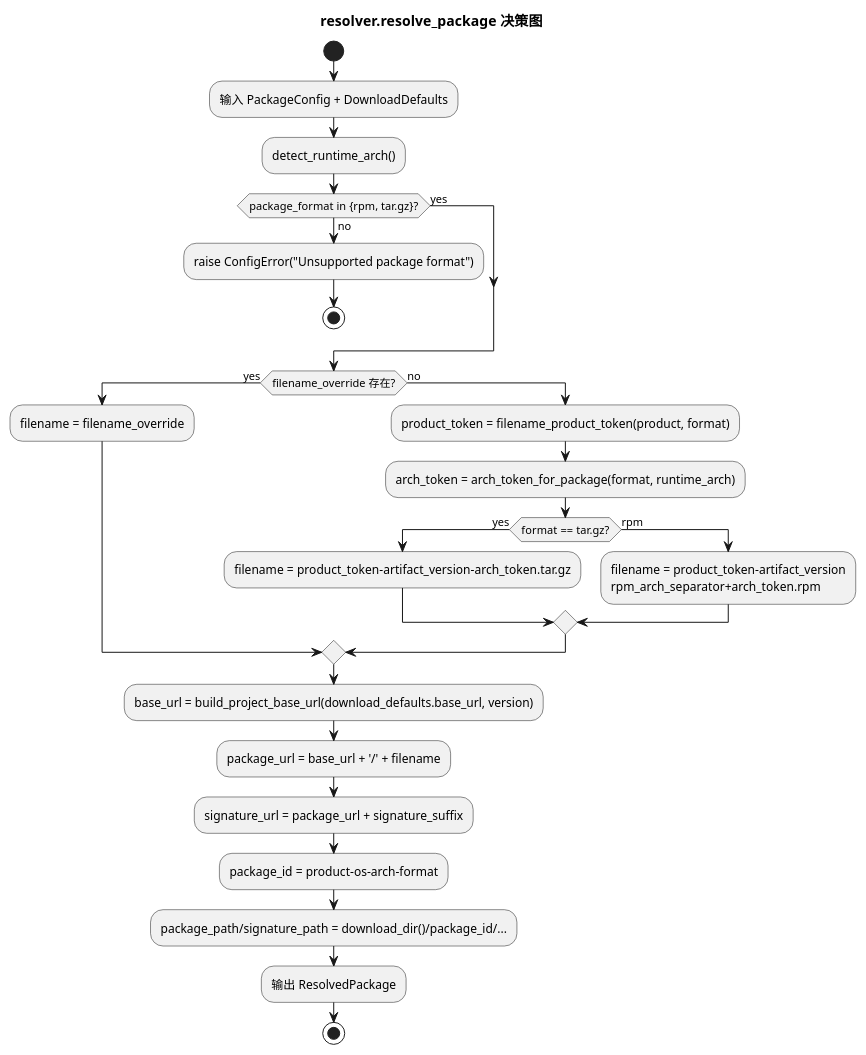
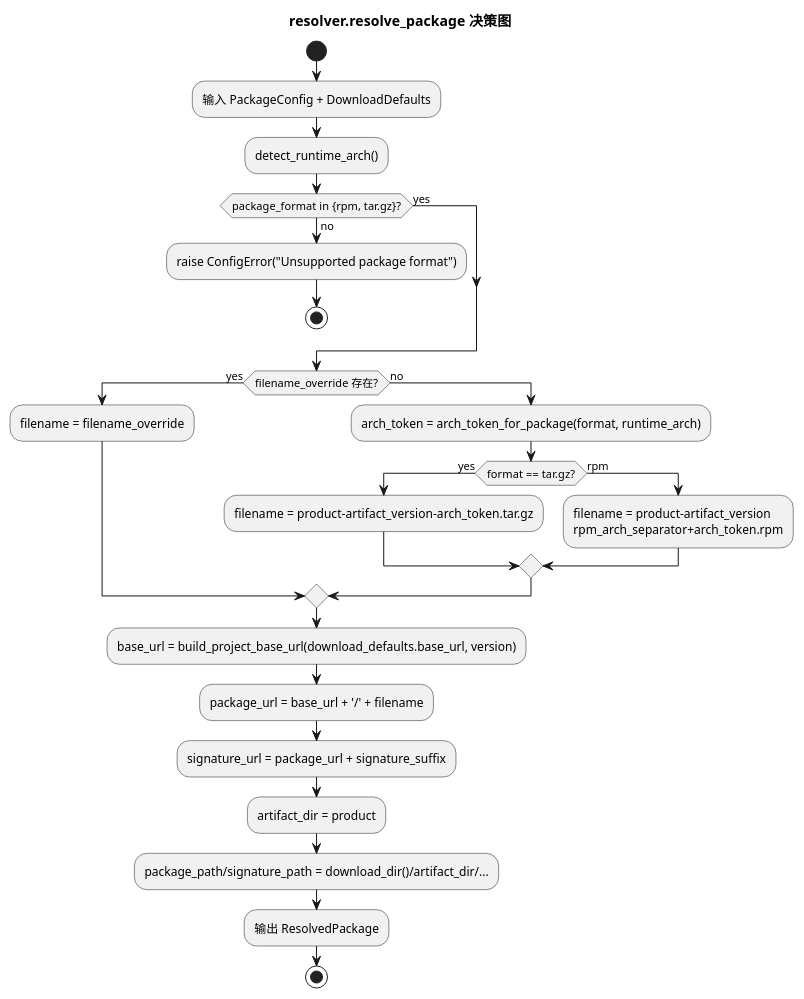
One commit to F350150/package changed the diagram in docs/puml/resolver_decision_activity.puml. Above: the diagram before and after it, drawn with PlantUML. The commit also changed 46 other files, not shown here.

Commit message:
feat: refactor installer flow and docs with offline-first runtime design

```diff
--- a/docs/puml/resolver_decision_activity.puml
+++ b/docs/puml/resolver_decision_activity.puml
@@ -1,34 +1,33 @@
 @startuml
 
 title resolver.resolve_package 决策图
 
 start
 :输入 PackageConfig + DownloadDefaults;
 :detect_runtime_arch();
 if (package_format in {rpm, tar.gz}?) then (yes)
 else (no)
   :raise ConfigError("Unsupported package format");
   stop
 endif
 
 if (filename_override 存在?) then (yes)
   :filename = filename_override;
 else (no)
-  :product_token = filename_product_token(product, format);
   :arch_token = arch_token_for_package(format, runtime_arch);
   if (format == tar.gz?) then (yes)
-    :filename = product_token-artifact_version-arch_token.tar.gz;
+    :filename = product-artifact_version-arch_token.tar.gz;
   else (rpm)
-    :filename = product_token-artifact_version\nrpm_arch_separator+arch_token.rpm;
+    :filename = product-artifact_version\nrpm_arch_separator+arch_token.rpm;
   endif
 endif
 
 :base_url = build_project_base_url(download_defaults.base_url, version);
 :package_url = base_url + '/' + filename;
 :signature_url = package_url + signature_suffix;
-:package_id = product-os-arch-format;
-:package_path/signature_path = download_dir()/package_id/...;
+:artifact_dir = product;
+:package_path/signature_path = download_dir()/artifact_dir/...;
 :输出 ResolvedPackage;
 stop
 
 @enduml
```
